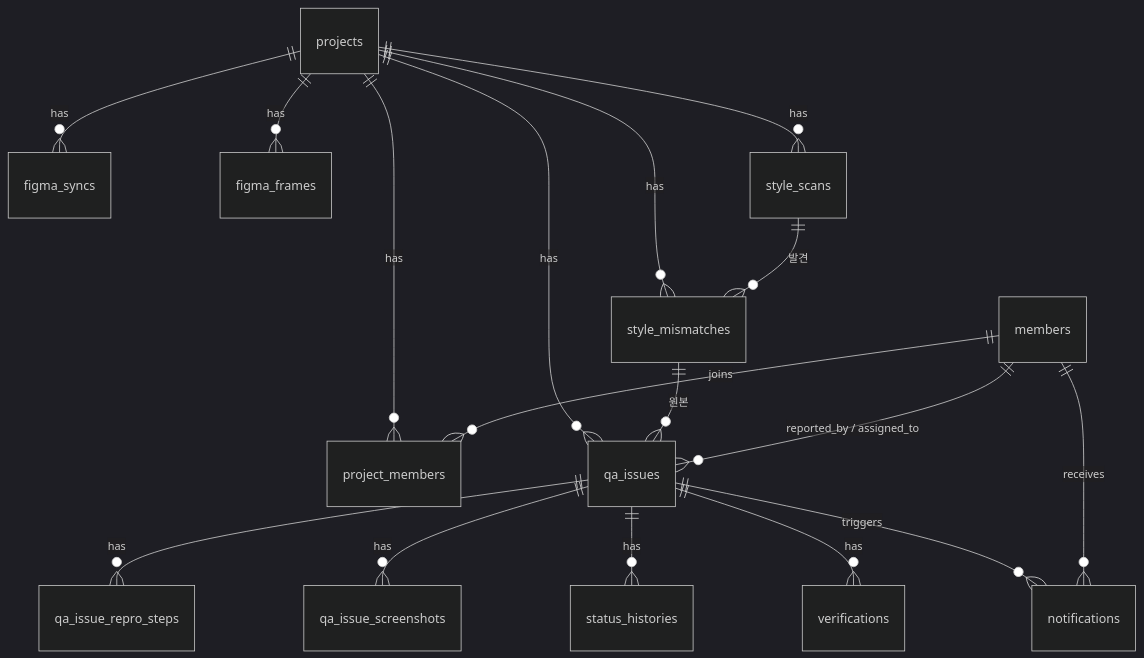
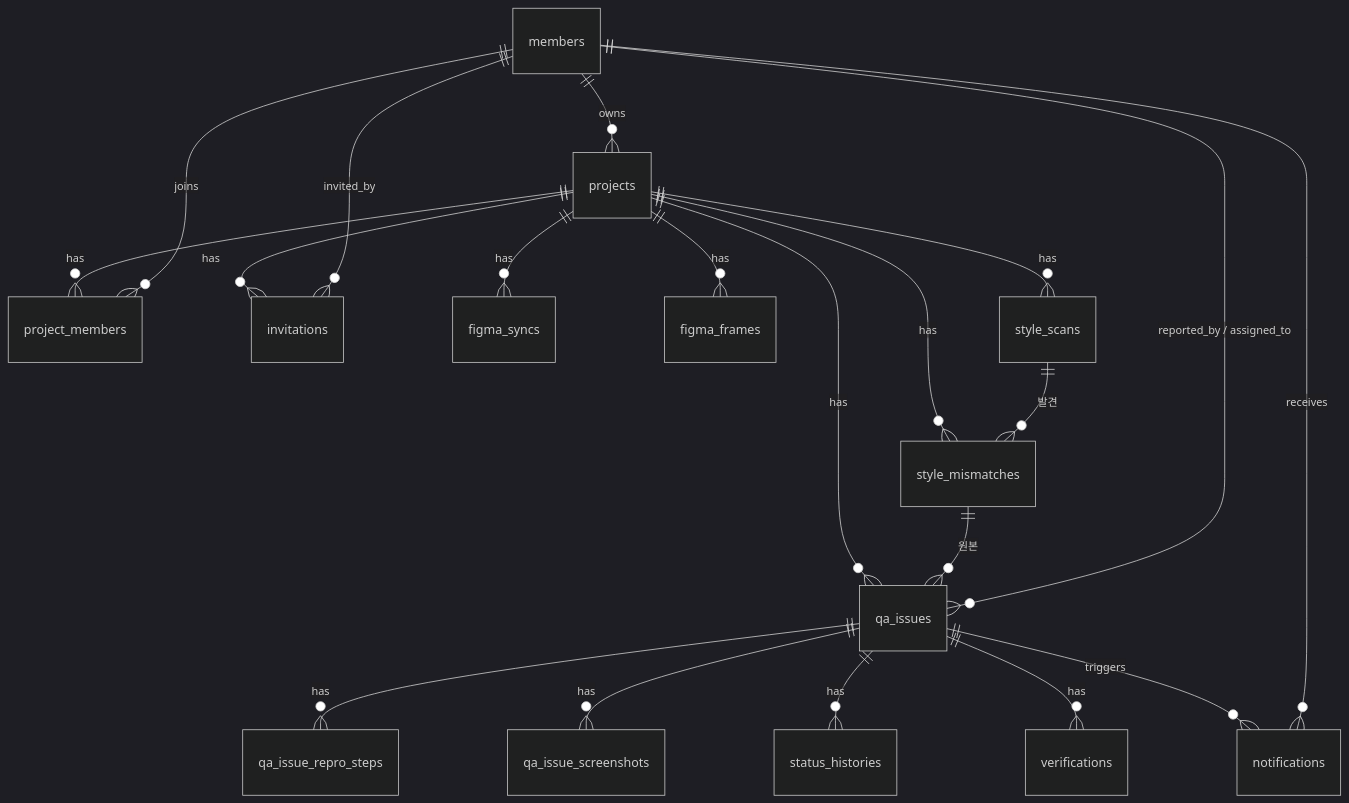
Before and after one commit to tjfakstn/ACJB: the diagram in docs/db-schema.md, drawn with Mermaid (dark theme). The commit also changed other lines of this file and 6 other files, not shown here.

````diff
--- a/docs/db-schema.md
+++ b/docs/db-schema.md
@@ -9,19 +9,22 @@
 ```mermaid
 erDiagram
     projects ||--o{ project_members : has
     members  ||--o{ project_members : joins
+    members  ||--o{ projects : owns
+    projects ||--o{ invitations : has
+    members  ||--o{ invitations : "invited_by"
     projects ||--o{ qa_issues : has
     projects ||--o{ figma_syncs : has
     projects ||--o{ figma_frames : has
     projects ||--o{ style_scans : has
     projects ||--o{ style_mismatches : has
     style_scans  ||--o{ style_mismatches : "발견"
     style_mismatches ||--o{ qa_issues : "원본"
     members ||--o{ qa_issues : "reported_by / assigned_to"
     qa_issues ||--o{ qa_issue_repro_steps : has
     qa_issues ||--o{ qa_issue_screenshots : has
     qa_issues ||--o{ status_histories : has
     qa_issues ||--o{ verifications : has
     qa_issues ||--o{ notifications : triggers
     members ||--o{ notifications : receives
 ```
````
